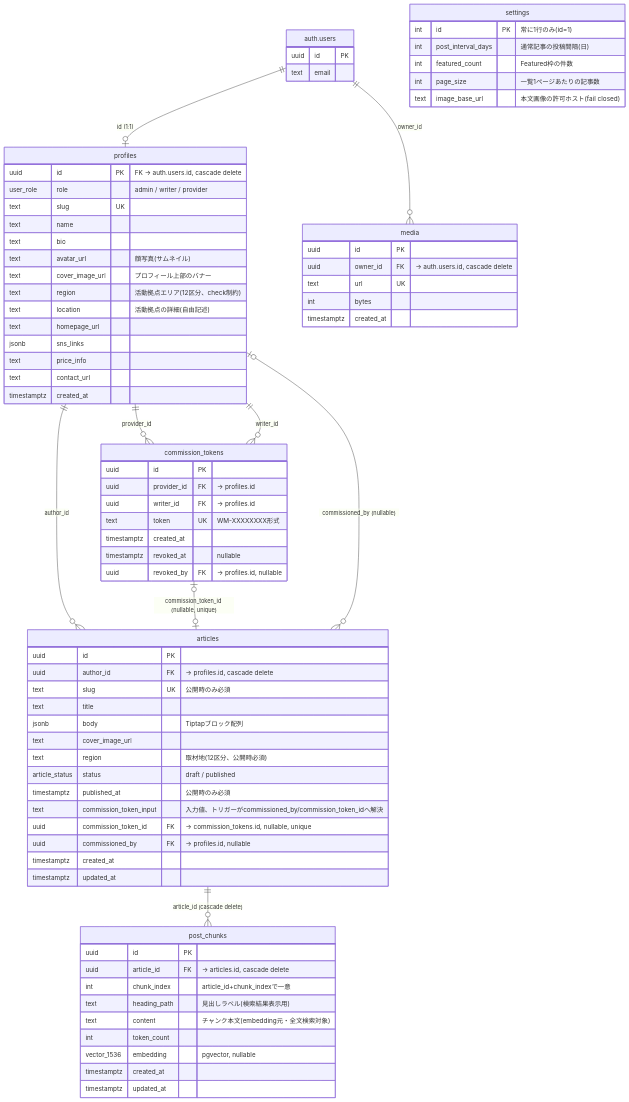
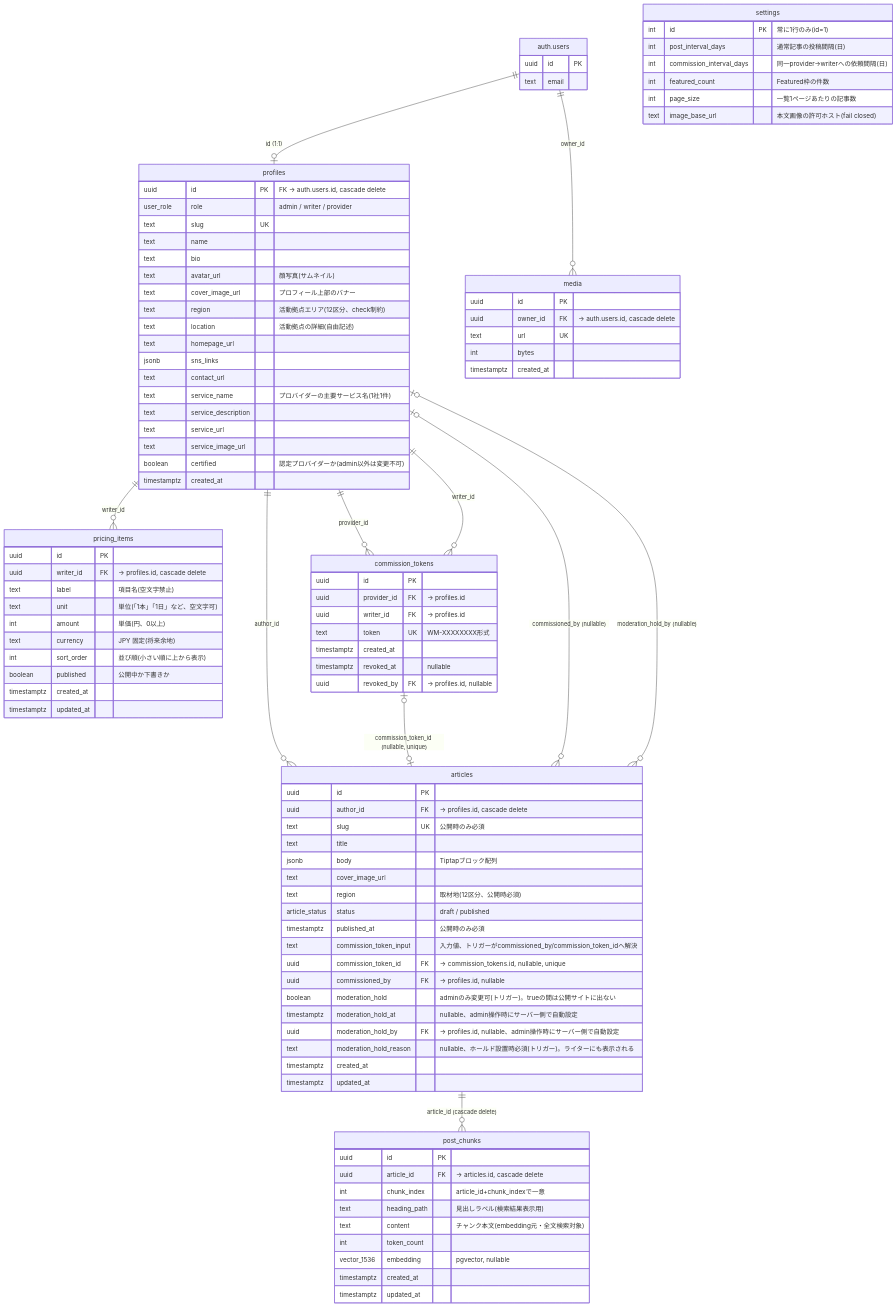
One commit to whimCrouwel/wyld-media changed the diagram in docs/DATABASE.md. Above: the diagram before and after it, drawn with Mermaid. The commit also changed other lines of this file and 88 other files, not shown here.

```diff
--- a/docs/DATABASE.md
+++ b/docs/DATABASE.md
@@ -7,10 +7,12 @@
     "auth.users" ||--o| profiles : "id (1:1)"
     "auth.users" ||--o{ media : "owner_id"
     profiles ||--o{ articles : "author_id"
+    profiles ||--o{ pricing_items : "writer_id"
     profiles ||--o{ commission_tokens : "provider_id"
     profiles ||--o{ commission_tokens : "writer_id"
     commission_tokens |o--o| articles : "commission_token_id (nullable, unique)"
     profiles |o--o{ articles : "commissioned_by (nullable)"
+    profiles |o--o{ articles : "moderation_hold_by (nullable)"
     articles ||--o{ post_chunks : "article_id (cascade delete)"
 
     "auth.users" {
@@ -30,8 +32,12 @@
         text location "活動拠点の詳細(自由記述)"
         text homepage_url
         jsonb sns_links
-        text price_info
         text contact_url
+        text service_name "プロバイダーの主要サービス名(1社1件)"
+        text service_description
+        text service_url
+        text service_image_url
+        boolean certified "認定プロバイダーか(admin以外は変更不可)"
         timestamptz created_at
     }
 
@@ -48,6 +54,10 @@
         text commission_token_input "入力値、トリガーがcommissioned_by/commission_token_idへ解決"
         uuid commission_token_id FK "-> commission_tokens.id, nullable, unique"
         uuid commissioned_by FK "-> profiles.id, nullable"
+        boolean moderation_hold "adminのみ変更可(トリガー)。trueの間は公開サイトに出ない"
+        timestamptz moderation_hold_at "nullable、admin操作時にサーバー側で自動設定"
+        uuid moderation_hold_by FK "-> profiles.id, nullable、admin操作時にサーバー側で自動設定"
+        text moderation_hold_reason "nullable、ホールド設置時必須(トリガー)。ライターにも表示される"
         timestamptz created_at
         timestamptz updated_at
     }
@@ -65,9 +75,23 @@
     settings {
         int id PK "常に1行のみ(id=1)"
         int post_interval_days "通常記事の投稿間隔(日)"
+        int commission_interval_days "同一provider→writerへの依頼間隔(日)"
         int featured_count "Featured枠の件数"
         int page_size "一覧1ページあたりの記事数"
         text image_base_url "本文画像の許可ホスト(fail closed)"
+    }
+
+    pricing_items {
+        uuid id PK
+        uuid writer_id FK "-> profiles.id, cascade delete"
+        text label "項目名(空文字禁止)"
+        text unit "単位(「1本」「1日」など、空文字可)"
+        int amount "単価(円、0以上)"
+        text currency "JPY 固定(将来余地)"
+        int sort_order "並び順(小さい順に上から表示)"
+        boolean published "公開中か下書きか"
+        timestamptz created_at
+        timestamptz updated_at
     }
 
     media {
```
